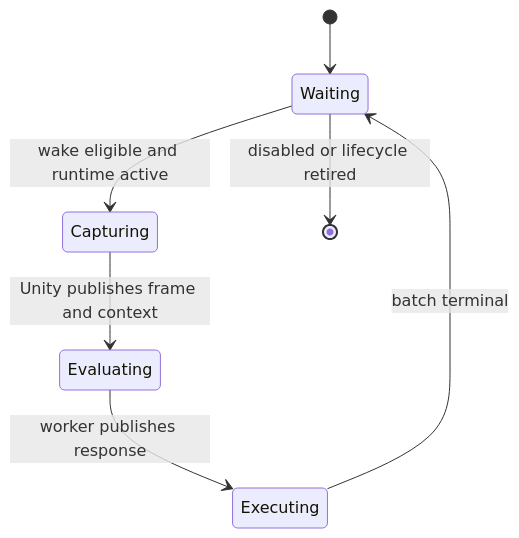
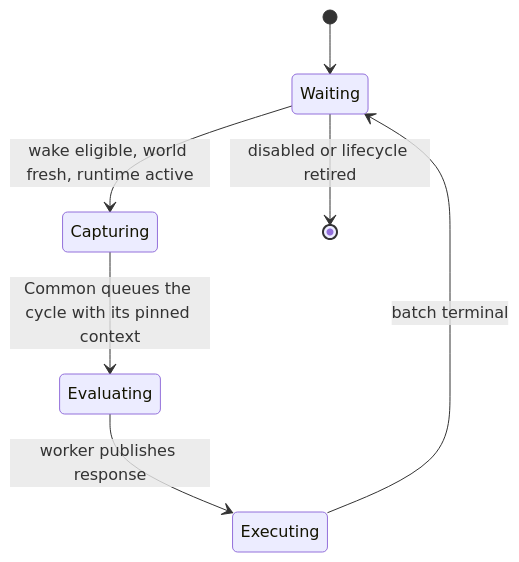
Before and after one commit to Vojow/OrbOfCreation-ModSuite: the diagram in docs/runtime-architecture/service-cycle-runtime.md, drawn with Mermaid. The commit also changed other lines of this file and 1425 other files, not shown here.

````diff
--- a/docs/runtime-architecture/service-cycle-runtime.md
+++ b/docs/runtime-architecture/service-cycle-runtime.md
@@ -23,9 +27,9 @@
 ```mermaid
 stateDiagram-v2
     [*] --> Waiting
-    Waiting --> Capturing: wake eligible and runtime active
-    Capturing --> Evaluating: Unity publishes frame and context
+    Waiting --> Capturing: wake eligible, world fresh, runtime active
+    Capturing --> Evaluating: Common queues the cycle with its pinned context
     Evaluating --> Executing: worker publishes response
     Executing --> Waiting: batch terminal
     Waiting --> [*]: disabled or lifecycle retired
 ```
````
